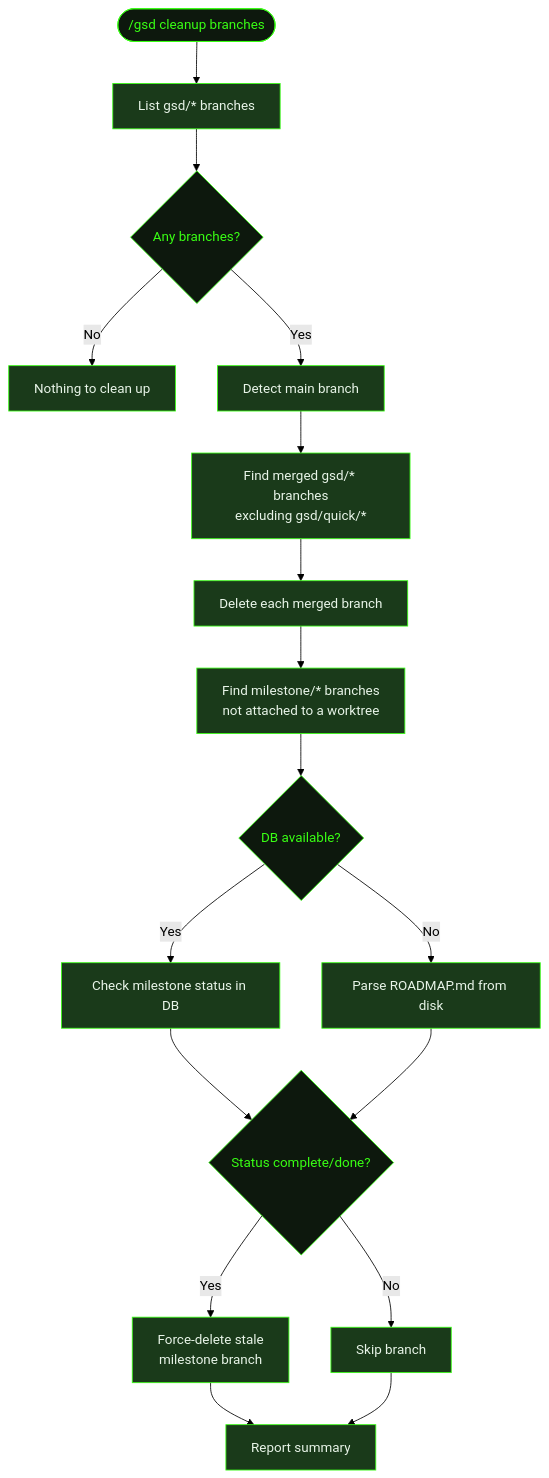
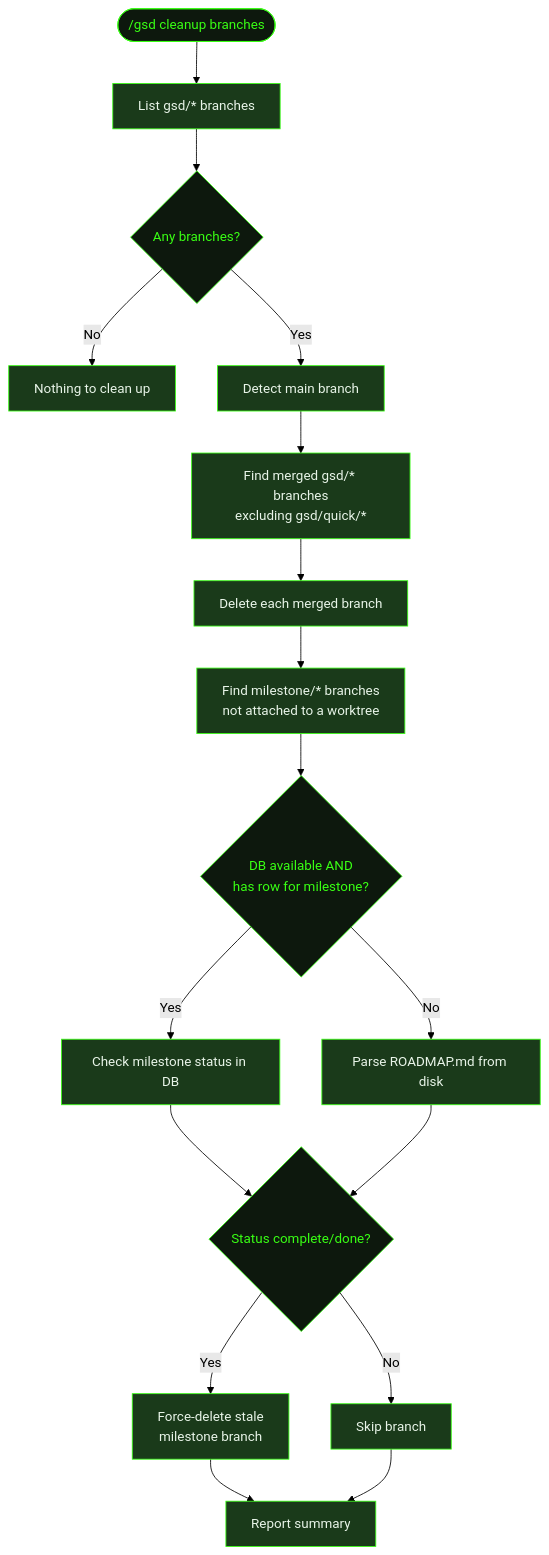
One commit to shusha-group/gsd2-guide changed the first of 2 diagrams in src/content/docs/commands/cleanup.mdx. Above: the diagram before and after it, drawn with Mermaid (forest theme). The commit also changed other lines of this file and 20 other files, not shown here.

````diff
--- a/src/content/docs/commands/cleanup.mdx
+++ b/src/content/docs/commands/cleanup.mdx
@@ -38,35 +38,35 @@
 ```mermaid
 flowchart TD
     A(["/gsd cleanup branches"]) --> B[List gsd/* branches]
     B --> C{Any branches?}
     C -- No --> D[Nothing to clean up]
     C -- Yes --> E[Detect main branch]
     E --> F[Find merged gsd/* branches<br/>excluding gsd/quick/*]
     F --> G[Delete each merged branch]
     G --> H[Find milestone/* branches<br/>not attached to a worktree]
-    H --> I{DB available?}
+    H --> I{DB available AND<br/>has row for milestone?}
     I -- Yes --> J[Check milestone status in DB]
     I -- No --> K[Parse ROADMAP.md from disk]
     J --> L{Status complete/done?}
     K --> L
     L -- Yes --> M[Force-delete stale<br/>milestone branch]
     L -- No --> N[Skip branch]
     M --> O[Report summary]
     N --> O
 
     style A fill:#0d180d,stroke:#39ff14,color:#39ff14
     style C fill:#0d180d,stroke:#39ff14,color:#39ff14
     style I fill:#0d180d,stroke:#39ff14,color:#39ff14
     style L fill:#0d180d,stroke:#39ff14,color:#39ff14
     style D fill:#1a3a1a,stroke:#39ff14,color:#e8f4e8
     style B fill:#1a3a1a,stroke:#39ff14,color:#e8f4e8
     style E fill:#1a3a1a,stroke:#39ff14,color:#e8f4e8
     style F fill:#1a3a1a,stroke:#39ff14,color:#e8f4e8
     style G fill:#1a3a1a,stroke:#39ff14,color:#e8f4e8
     style H fill:#1a3a1a,stroke:#39ff14,color:#e8f4e8
     style J fill:#1a3a1a,stroke:#39ff14,color:#e8f4e8
     style K fill:#1a3a1a,stroke:#39ff14,color:#e8f4e8
     style M fill:#1a3a1a,stroke:#39ff14,color:#e8f4e8
     style N fill:#1a3a1a,stroke:#39ff14,color:#e8f4e8
     style O fill:#1a3a1a,stroke:#39ff14,color:#e8f4e8
 ```
````
